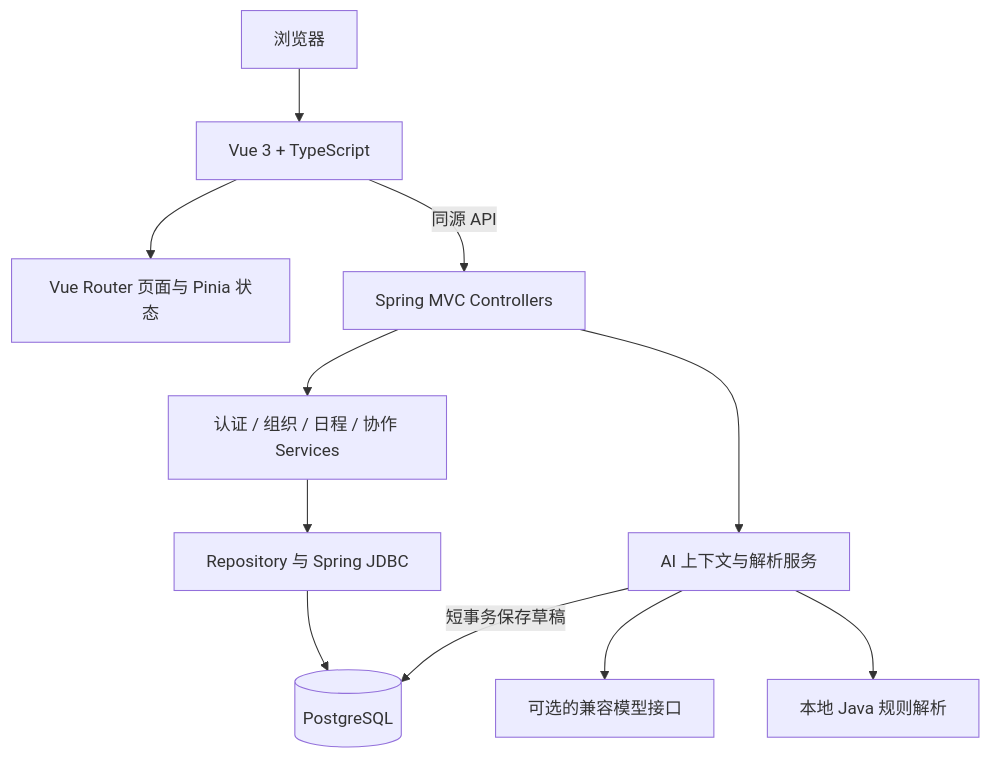
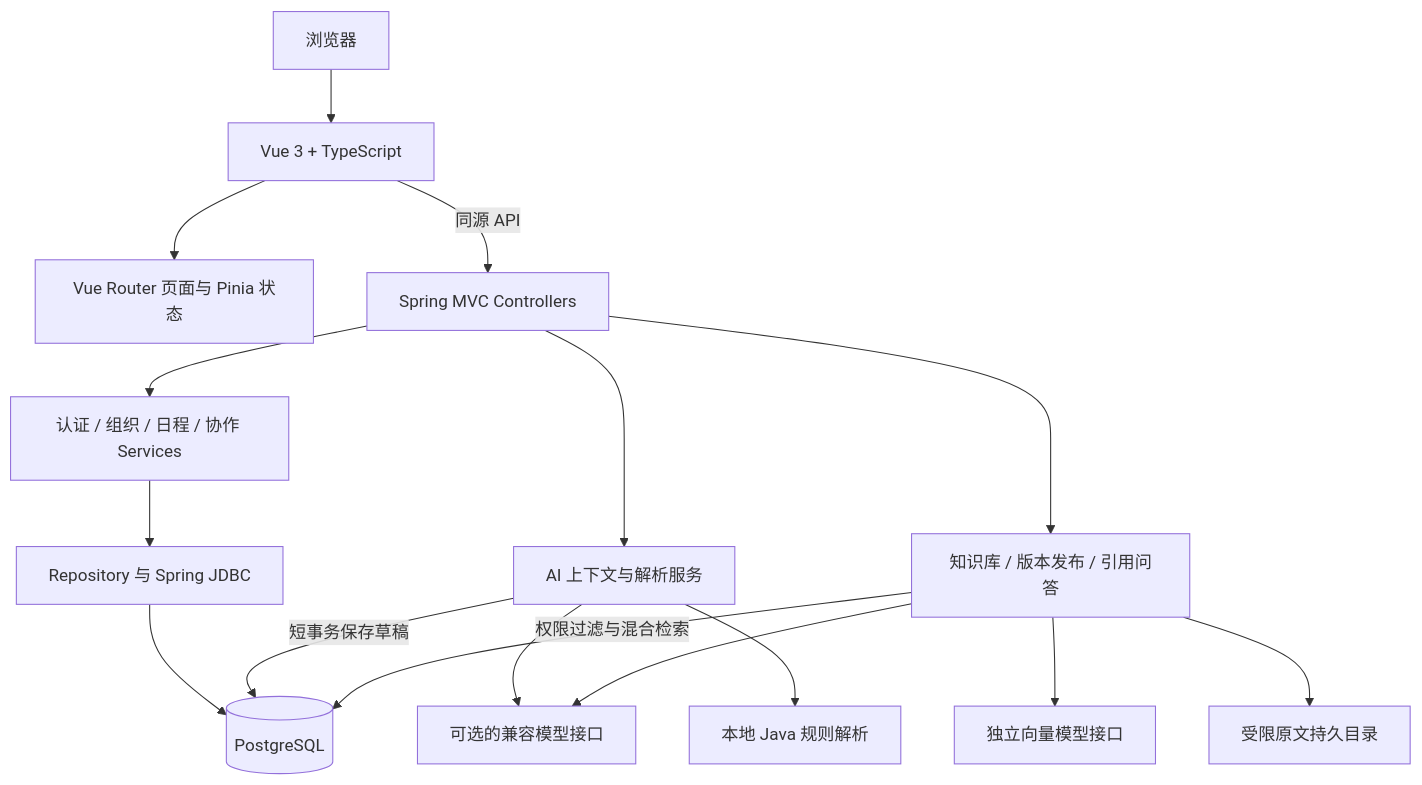
One commit to Canyonlands954/Smart-Schedule-Management-System changed the diagram in ARCHITECTURE.md. Above: the diagram before and after it, drawn with Mermaid. The commit also changed other lines of this file and 57 other files, not shown here.

````diff
--- a/ARCHITECTURE.md
+++ b/ARCHITECTURE.md
@@ -5,13 +5,18 @@
 ```mermaid
 flowchart TB
   U[浏览器] --> F[Vue 3 + TypeScript]
   F --> R[Vue Router 页面与 Pinia 状态]
   F -->|同源 API| C[Spring MVC Controllers]
   C --> S[认证 / 组织 / 日程 / 协作 Services]
   S --> D[Repository 与 Spring JDBC]
   D --> P[(PostgreSQL)]
   C --> A[AI 上下文与解析服务]
   A --> M[可选的兼容模型接口]
   A --> L[本地 Java 规则解析]
   A -->|短事务保存草稿| P
+  C --> K[知识库 / 版本发布 / 引用问答]
+  K -->|权限过滤与混合检索| P
+  K --> E[独立向量模型接口]
+  K --> M
+  K --> O[受限原文持久目录]
 ```
````
